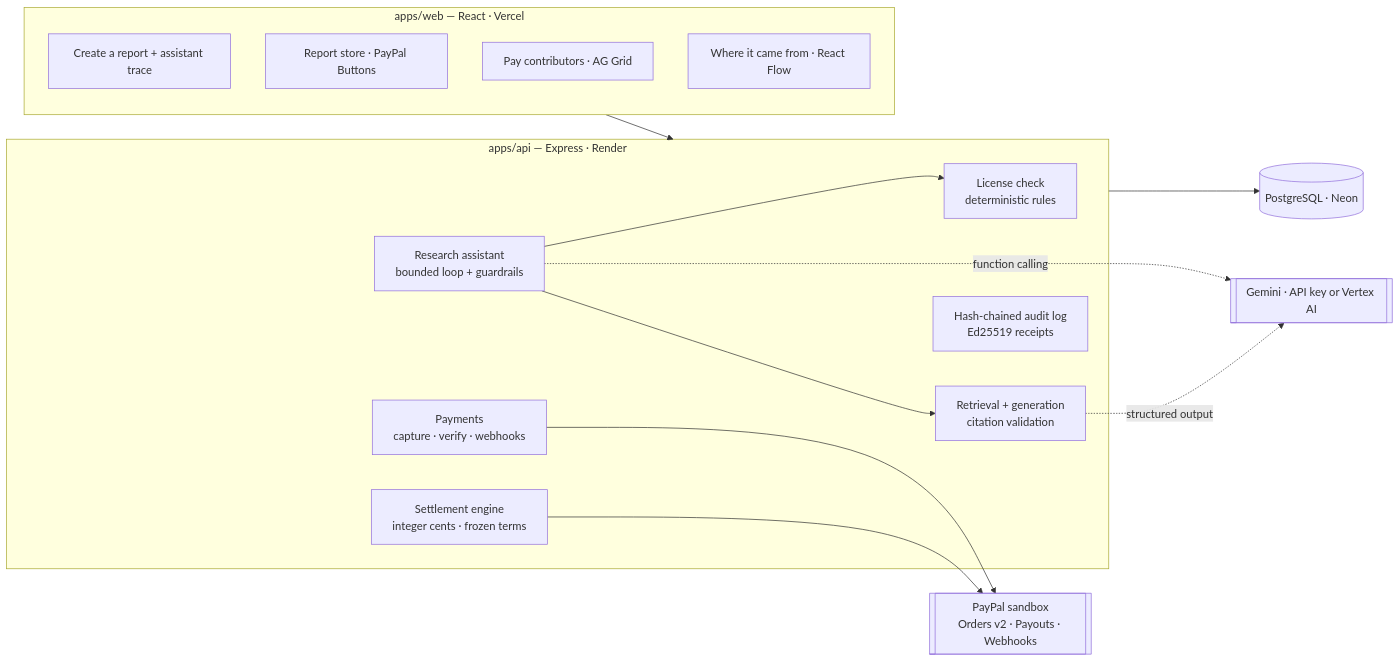
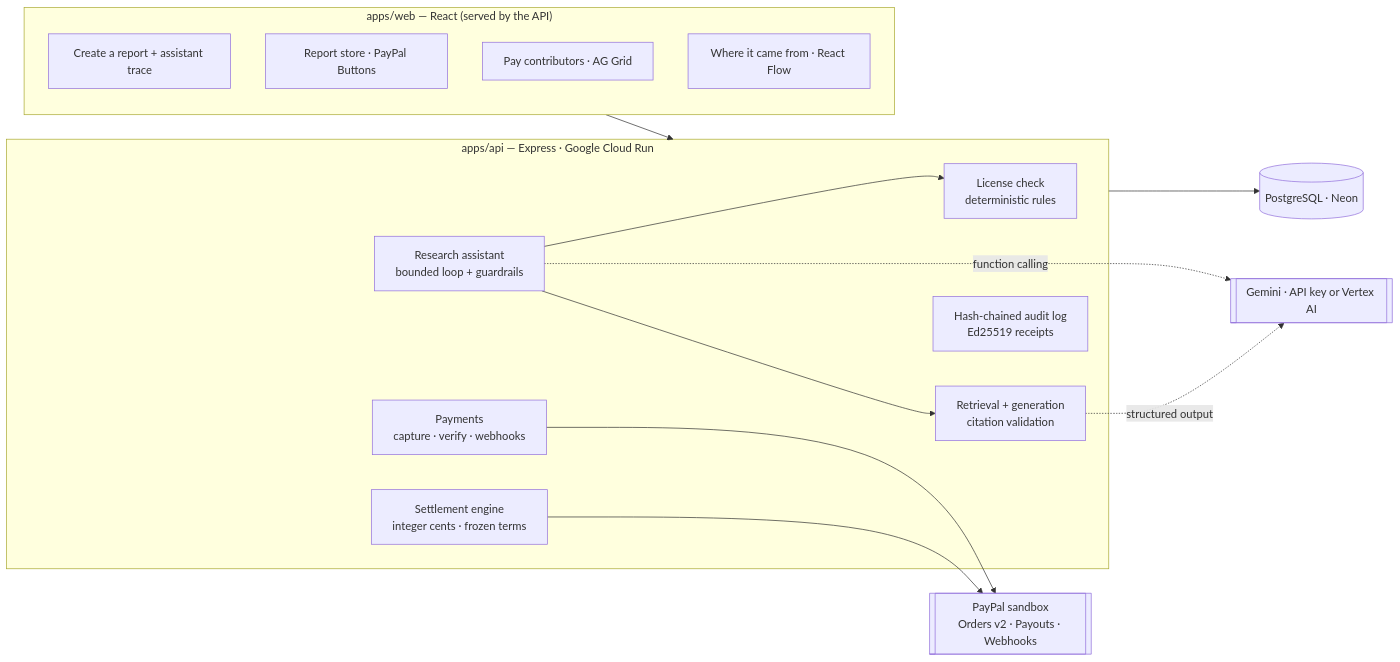
The diagram in docs/how-it-works.md (UjjwalCodes01/TracePay), drawn with Mermaid before and after one commit. The commit also changed 7 other files, not shown here.

First line of the commit message:
Hosted on Google Cloud Run: docs, deploy tooling, uptime check

````diff
--- a/docs/how-it-works.md
+++ b/docs/how-it-works.md
@@ -94,29 +94,29 @@
 ```mermaid
 flowchart LR
-  subgraph Web["apps/web — React · Vercel"]
+  subgraph Web["apps/web — React (served by the API)"]
     Studio[Create a report + assistant trace]
     Store[Report store · PayPal Buttons]
     Console[Pay contributors · AG Grid]
     Graph[Where it came from · React Flow]
   end
-  subgraph API["apps/api — Express · Render"]
+  subgraph API["apps/api — Express · Google Cloud Run"]
     Compiler[License check<br/>deterministic rules]
     Agent[Research assistant<br/>bounded loop + guardrails]
     Gen[Retrieval + generation<br/>citation validation]
     Pay[Payments<br/>capture · verify · webhooks]
     Settle[Settlement engine<br/>integer cents · frozen terms]
     Audit[Hash-chained audit log<br/>Ed25519 receipts]
   end
   DB[(PostgreSQL · Neon)]
   Vertex[[Gemini · API key or Vertex AI]]
   PayPal[[PayPal sandbox<br/>Orders v2 · Payouts · Webhooks]]
 
   Web --> API
   Agent --> Compiler
   Agent --> Gen
   Agent -. function calling .-> Vertex
   Gen -. structured output .-> Vertex
   Pay --> PayPal
   Settle --> PayPal
   API --> DB
 ```
````
